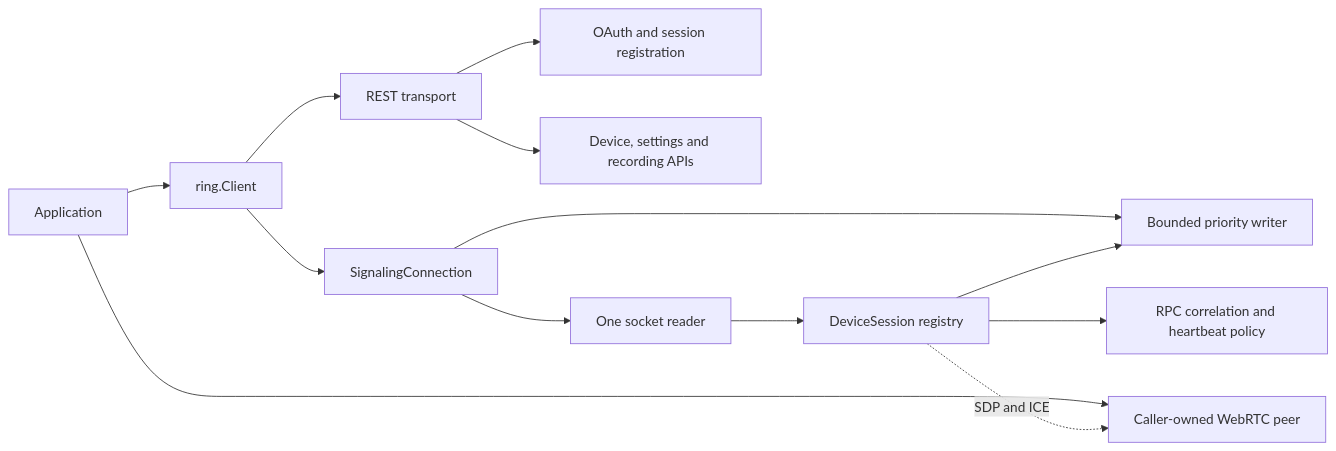
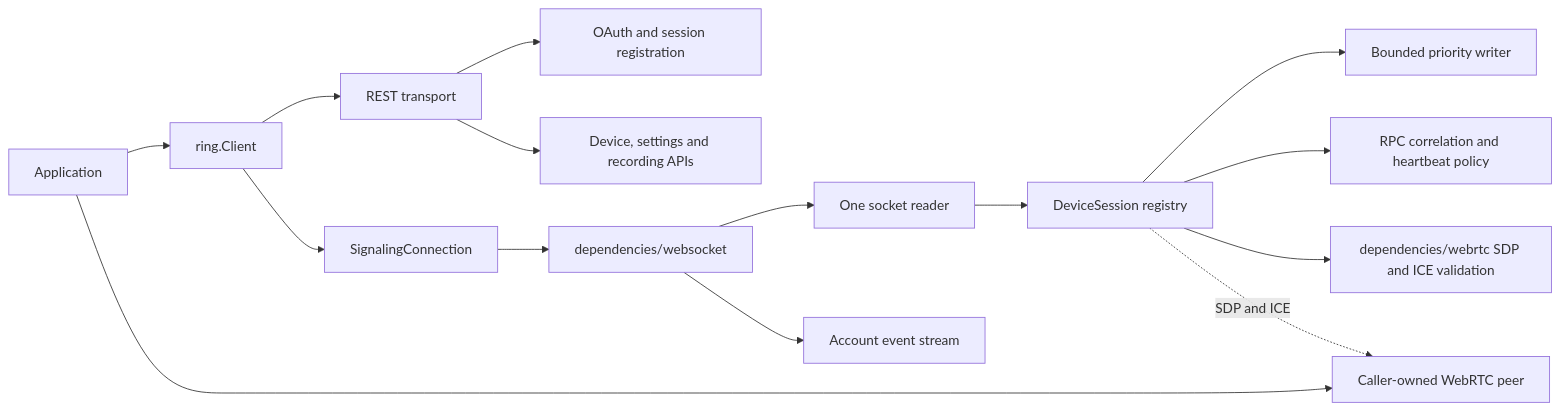
Before and after one commit to portpowered/go-ring: the diagram in docs/developer-facing/library-architecture.md, drawn with Mermaid. The commit also changed other lines of this file and 14 other files, not shown here.

````diff
--- a/docs/developer-facing/library-architecture.md
+++ b/docs/developer-facing/library-architecture.md
@@ -5,15 +7,17 @@
 ```mermaid
 flowchart LR
     App[Application] --> Client[ring.Client]
     Client --> HTTP[REST transport]
     HTTP --> OAuth[OAuth and session registration]
     HTTP --> API[Device, settings and recording APIs]
     Client --> Connection[SignalingConnection]
-    Connection --> Reader[One socket reader]
-    Connection --> Writer[Bounded priority writer]
+    Connection --> Socket[dependencies/websocket]
+    Socket --> Reader[One socket reader]
+    Socket --> Events[Account event stream]
     Reader --> Sessions[DeviceSession registry]
-    Sessions --> Writer
+    Sessions --> Writer[Bounded priority writer]
     Sessions --> RPC[RPC correlation and heartbeat policy]
+    Sessions --> Media[dependencies/webrtc SDP and ICE validation]
     App --> Peer[Caller-owned WebRTC peer]
     Sessions -. SDP and ICE .-> Peer
 ```
````
